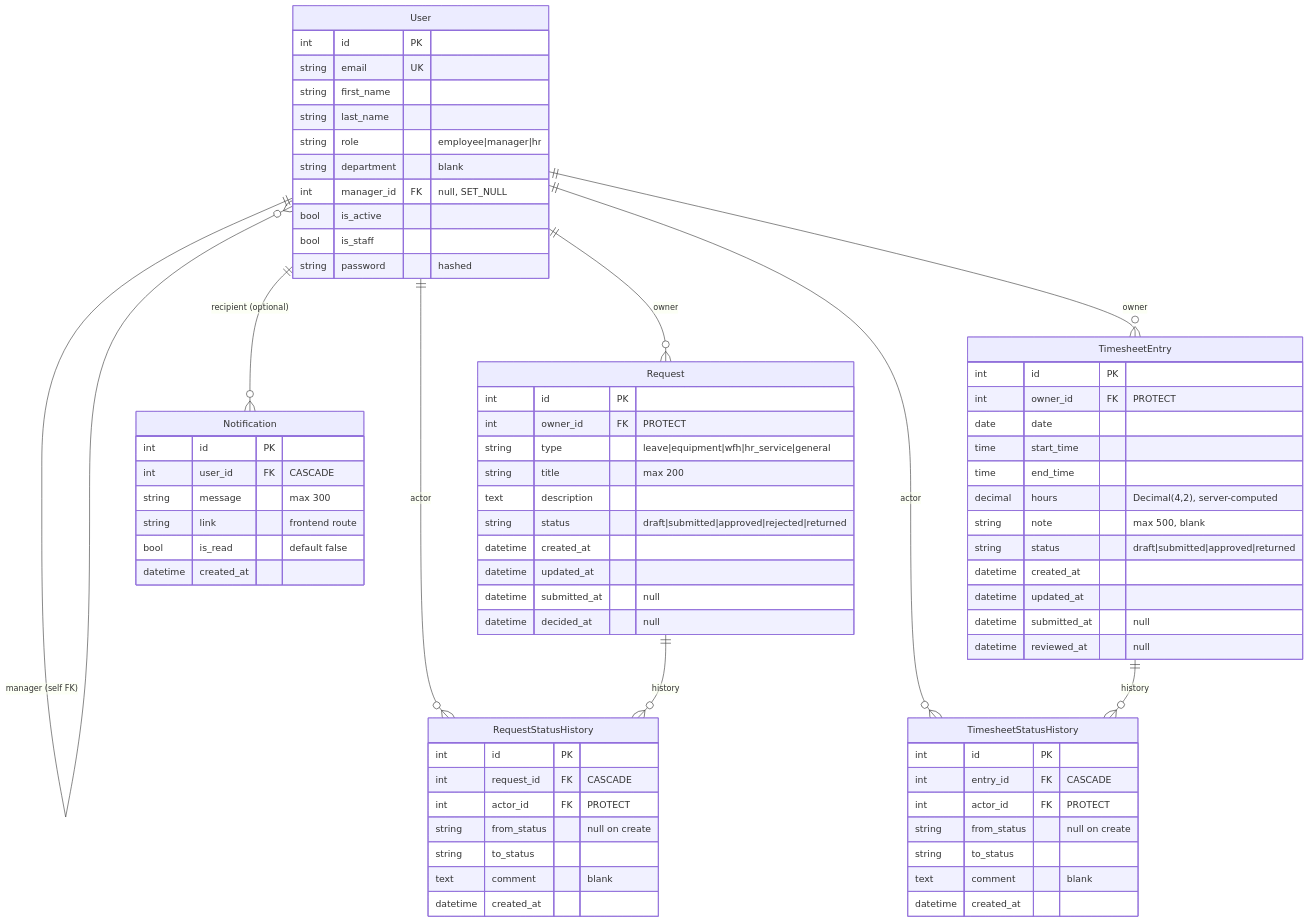
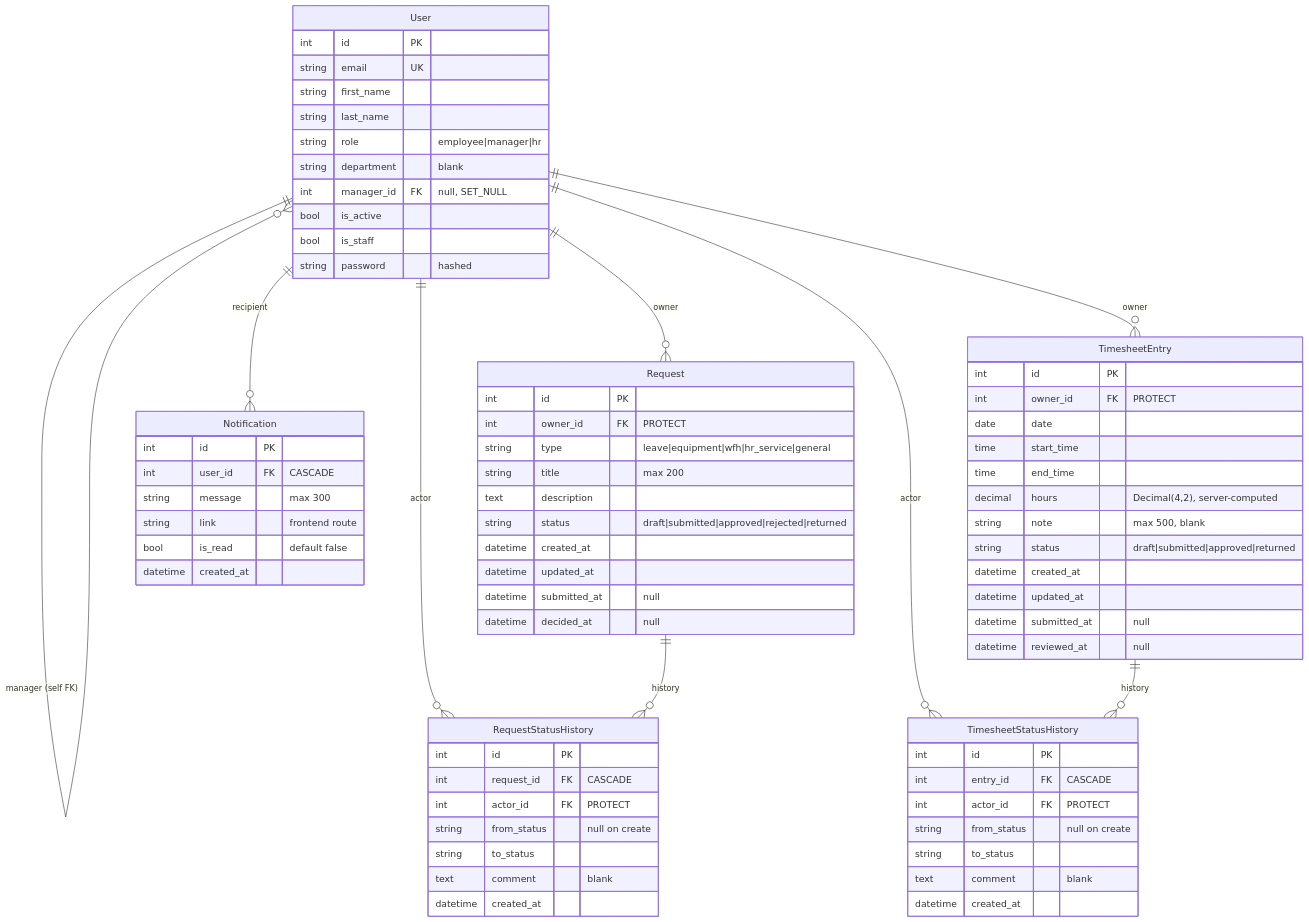
The first of 3 diagrams in docs/database.md (abdelrhmaaan/sawa), drawn with Mermaid before and after one commit. The commit also changed other lines of this file and 32 other files, not shown here.

````diff
--- a/docs/database.md
+++ b/docs/database.md
@@ -7,76 +7,76 @@
 ```mermaid
 erDiagram
     User ||--o{ User : "manager (self FK)"
     User ||--o{ Request : "owner"
     User ||--o{ RequestStatusHistory : "actor"
     User ||--o{ TimesheetEntry : "owner"
     User ||--o{ TimesheetStatusHistory : "actor"
-    User ||--o{ Notification : "recipient (optional)"
+    User ||--o{ Notification : "recipient"
     Request ||--o{ RequestStatusHistory : "history"
     TimesheetEntry ||--o{ TimesheetStatusHistory : "history"
 
     User {
         int id PK
         string email UK
         string first_name
         string last_name
         string role "employee|manager|hr"
         string department "blank"
         int manager_id FK "null, SET_NULL"
         bool is_active
         bool is_staff
         string password "hashed"
     }
     Request {
         int id PK
         int owner_id FK "PROTECT"
         string type "leave|equipment|wfh|hr_service|general"
         string title "max 200"
         text description
         string status "draft|submitted|approved|rejected|returned"
         datetime created_at
         datetime updated_at
         datetime submitted_at "null"
         datetime decided_at "null"
     }
     RequestStatusHistory {
         int id PK
         int request_id FK "CASCADE"
         int actor_id FK "PROTECT"
         string from_status "null on create"
         string to_status
         text comment "blank"
         datetime created_at
     }
     TimesheetEntry {
         int id PK
         int owner_id FK "PROTECT"
         date date
         time start_time
         time end_time
         decimal hours "Decimal(4,2), server-computed"
         string note "max 500, blank"
         string status "draft|submitted|approved|returned"
         datetime created_at
         datetime updated_at
         datetime submitted_at "null"
         datetime reviewed_at "null"
     }
     TimesheetStatusHistory {
         int id PK
         int entry_id FK "CASCADE"
         int actor_id FK "PROTECT"
         string from_status "null on create"
         string to_status
         text comment "blank"
         datetime created_at
     }
     Notification {
         int id PK
         int user_id FK "CASCADE"
         string message "max 300"
         string link "frontend route"
         bool is_read "default false"
         datetime created_at
     }
 ```
````
